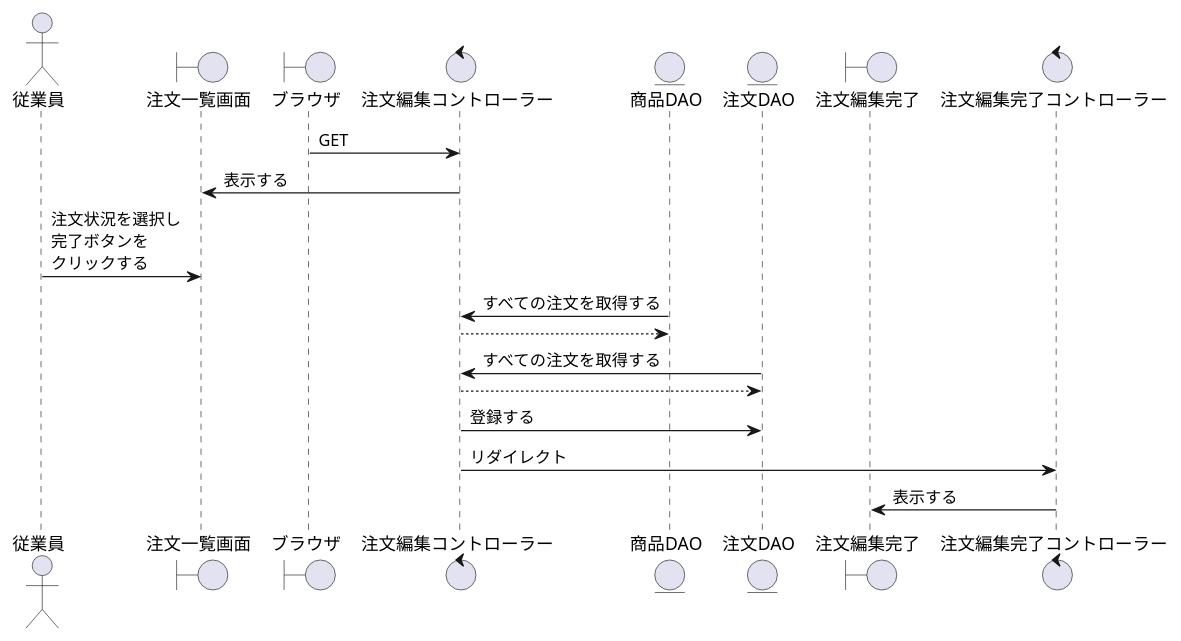
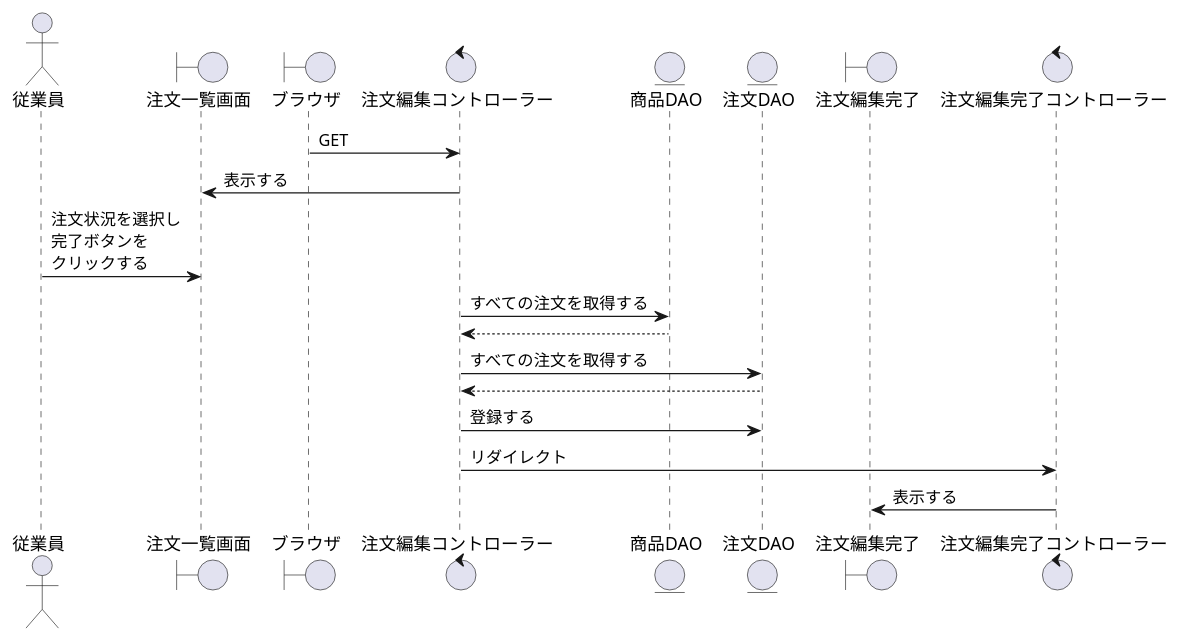
One commit to ysyk-wtnb16/team_D changed the diagram in BBショップ/注文編集.wsd. Above: the diagram before and after it, drawn with PlantUML. The commit also changed 1 other file, not shown here.

```diff
--- a/BBショップ/注文編集.wsd
+++ b/BBショップ/注文編集.wsd
@@ -1,32 +1,32 @@
 @startuml update
 ' ①縦軸の並び順を決める
 actor "従業員" as act
 boundary "注文一覧画面" as oeb
 ' コントローラーに初回アクセスするもの
 boundary "ブラウザ" as brz
 ' コントローラーまたはビューの名称を決める
 control "注文編集コントローラー" as oec
 ' DAOまたはモデルとなる
 
 entity "商品DAO" as pdt
 entity "注文DAO" as order
 
 boundary "注文編集完了" as oekb
 control "注文編集完了コントローラー" as oekc
 
 brz -> oec: GET
 
 oeb <- oec:表示する
 
 act -> oeb:注文状況を選択し\n完了ボタンを\nクリックする
 
-oec <- pdt:すべての注文を取得する
-pdt <-- oec
-oec <- order:すべての注文を取得する
-order <-- oec
+oec -> pdt:すべての注文を取得する
+pdt --> oec
+oec -> order:すべての注文を取得する
+order --> oec
 
 oec -> order: 登録する
 oec -> oekc:リダイレクト
 oekc -> oekb:表示する
 
 @enduml
```
